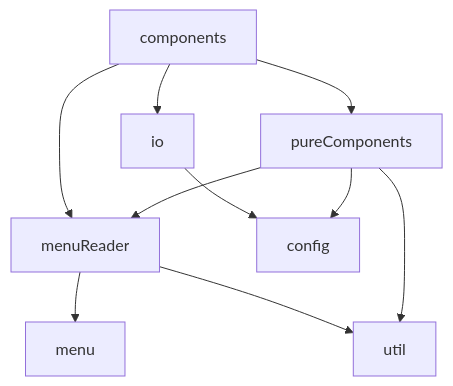
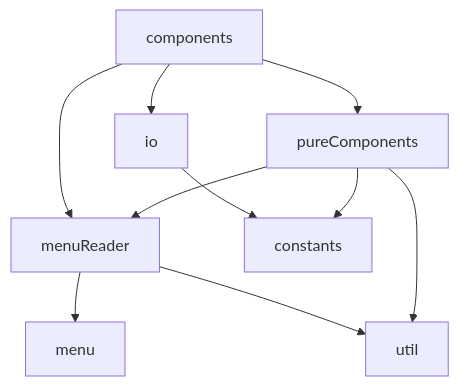
Before and after one commit to mattriley/caffe-stazione-pos-simulator: the diagram in README.md, drawn with Mermaid. The commit also changed other lines of this file and 12 other files, not shown here.

````diff
--- a/README.md
+++ b/README.md
@@ -39,12 +39,12 @@
 ```mermaid
 graph TD;
     components-->pureComponents;
     components-->menuReader;
     components-->io;
-    io-->config;
+    io-->constants;
     menuReader-->menu;
     menuReader-->util;
     pureComponents-->menuReader;
     pureComponents-->util;
-    pureComponents-->config;
+    pureComponents-->constants;
 ```
````
